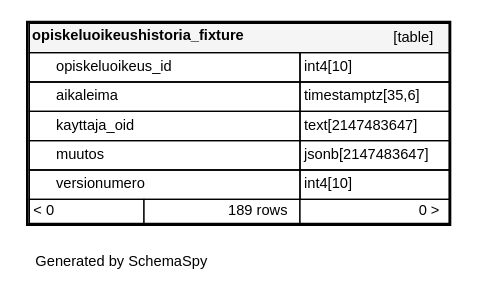
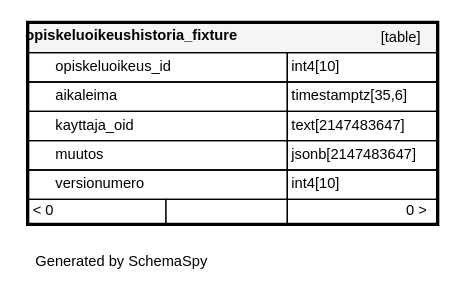
The diagram in documentation/tietokantaskeemat/koski/diagrams/tables/opiskeluoikeushistoria_fixture.1degree.dot (Opetushallitus/koski), drawn with Graphviz before and after one commit. The commit also changed 240 other files, not shown here.

```diff
--- a/documentation/tietokantaskeemat/koski/diagrams/tables/opiskeluoikeushistoria_fixture.1degree.dot
+++ b/documentation/tietokantaskeemat/koski/diagrams/tables/opiskeluoikeushistoria_fixture.1degree.dot
@@ -1,18 +1,18 @@
 digraph "oneDegreeRelationshipsDiagram" {
   graph [    rankdir="RL"    bgcolor="#ffffff"    label="\nGenerated by SchemaSpy"    labeljust="l"    nodesep="0.18"    ranksep="0.46"    fontname="Helvetica"    fontsize="11"    ration="compress"  ];  node [    fontname="Helvetica"    fontsize="11"    shape="plaintext"  ];  edge [    arrowsize="0.8"  ];
   "opiskeluoikeushistoria_fixture" [
    label=<
     <TABLE BORDER="2" CELLBORDER="1" CELLSPACING="0" BGCOLOR="#ffffff">
-      <TR><TD COLSPAN="4"  BGCOLOR="#f5f5f5"><TABLE BORDER="0" CELLSPACING="0"><TR><TD ALIGN="LEFT" FIXEDSIZE="TRUE" WIDTH="182" HEIGHT="16"><B>opiskeluoikeushistoria_fixture</B></TD><TD ALIGN="RIGHT">[table]</TD></TR></TABLE></TD></TR>
-      <TR><TD PORT="opiskeluoikeus_id" COLSPAN="2" ALIGN="LEFT"><TABLE BORDER="0" CELLSPACING="0" ALIGN="LEFT"><TR ALIGN="LEFT"><TD ALIGN="LEFT" FIXEDSIZE="TRUE" WIDTH="15" HEIGHT="16"></TD><TD ALIGN="LEFT" FIXEDSIZE="TRUE" WIDTH="182" HEIGHT="16">opiskeluoikeus_id</TD></TR></TABLE></TD><TD PORT="opiskeluoikeus_id.type" ALIGN="LEFT">int4[10]</TD></TR>
-      <TR><TD PORT="aikaleima" COLSPAN="2" ALIGN="LEFT"><TABLE BORDER="0" CELLSPACING="0" ALIGN="LEFT"><TR ALIGN="LEFT"><TD ALIGN="LEFT" FIXEDSIZE="TRUE" WIDTH="15" HEIGHT="16"></TD><TD ALIGN="LEFT" FIXEDSIZE="TRUE" WIDTH="182" HEIGHT="16">aikaleima</TD></TR></TABLE></TD><TD PORT="aikaleima.type" ALIGN="LEFT">timestamptz[35,6]</TD></TR>
-      <TR><TD PORT="kayttaja_oid" COLSPAN="2" ALIGN="LEFT"><TABLE BORDER="0" CELLSPACING="0" ALIGN="LEFT"><TR ALIGN="LEFT"><TD ALIGN="LEFT" FIXEDSIZE="TRUE" WIDTH="15" HEIGHT="16"></TD><TD ALIGN="LEFT" FIXEDSIZE="TRUE" WIDTH="182" HEIGHT="16">kayttaja_oid</TD></TR></TABLE></TD><TD PORT="kayttaja_oid.type" ALIGN="LEFT">text[2147483647]</TD></TR>
-      <TR><TD PORT="muutos" COLSPAN="2" ALIGN="LEFT"><TABLE BORDER="0" CELLSPACING="0" ALIGN="LEFT"><TR ALIGN="LEFT"><TD ALIGN="LEFT" FIXEDSIZE="TRUE" WIDTH="15" HEIGHT="16"></TD><TD ALIGN="LEFT" FIXEDSIZE="TRUE" WIDTH="182" HEIGHT="16">muutos</TD></TR></TABLE></TD><TD PORT="muutos.type" ALIGN="LEFT">jsonb[2147483647]</TD></TR>
-      <TR><TD PORT="versionumero" COLSPAN="2" ALIGN="LEFT"><TABLE BORDER="0" CELLSPACING="0" ALIGN="LEFT"><TR ALIGN="LEFT"><TD ALIGN="LEFT" FIXEDSIZE="TRUE" WIDTH="15" HEIGHT="16"></TD><TD ALIGN="LEFT" FIXEDSIZE="TRUE" WIDTH="182" HEIGHT="16">versionumero</TD></TR></TABLE></TD><TD PORT="versionumero.type" ALIGN="LEFT">int4[10]</TD></TR>
-      <TR><TD ALIGN="LEFT" BGCOLOR="#ffffff">&lt; 0</TD><TD ALIGN="RIGHT" BGCOLOR="#ffffff">189 rows</TD><TD ALIGN="RIGHT" BGCOLOR="#ffffff">0 &gt;</TD></TR>
+      <TR><TD COLSPAN="4"  BGCOLOR="#f5f5f5"><TABLE BORDER="0" CELLSPACING="0"><TR><TD ALIGN="LEFT" FIXEDSIZE="TRUE" WIDTH="173" HEIGHT="16"><B>opiskeluoikeushistoria_fixture</B></TD><TD ALIGN="RIGHT">[table]</TD></TR></TABLE></TD></TR>
+      <TR><TD PORT="opiskeluoikeus_id" COLSPAN="2" ALIGN="LEFT"><TABLE BORDER="0" CELLSPACING="0" ALIGN="LEFT"><TR ALIGN="LEFT"><TD ALIGN="LEFT" FIXEDSIZE="TRUE" WIDTH="15" HEIGHT="16"></TD><TD ALIGN="LEFT" FIXEDSIZE="TRUE" WIDTH="173" HEIGHT="16">opiskeluoikeus_id</TD></TR></TABLE></TD><TD PORT="opiskeluoikeus_id.type" ALIGN="LEFT">int4[10]</TD></TR>
+      <TR><TD PORT="aikaleima" COLSPAN="2" ALIGN="LEFT"><TABLE BORDER="0" CELLSPACING="0" ALIGN="LEFT"><TR ALIGN="LEFT"><TD ALIGN="LEFT" FIXEDSIZE="TRUE" WIDTH="15" HEIGHT="16"></TD><TD ALIGN="LEFT" FIXEDSIZE="TRUE" WIDTH="173" HEIGHT="16">aikaleima</TD></TR></TABLE></TD><TD PORT="aikaleima.type" ALIGN="LEFT">timestamptz[35,6]</TD></TR>
+      <TR><TD PORT="kayttaja_oid" COLSPAN="2" ALIGN="LEFT"><TABLE BORDER="0" CELLSPACING="0" ALIGN="LEFT"><TR ALIGN="LEFT"><TD ALIGN="LEFT" FIXEDSIZE="TRUE" WIDTH="15" HEIGHT="16"></TD><TD ALIGN="LEFT" FIXEDSIZE="TRUE" WIDTH="173" HEIGHT="16">kayttaja_oid</TD></TR></TABLE></TD><TD PORT="kayttaja_oid.type" ALIGN="LEFT">text[2147483647]</TD></TR>
+      <TR><TD PORT="muutos" COLSPAN="2" ALIGN="LEFT"><TABLE BORDER="0" CELLSPACING="0" ALIGN="LEFT"><TR ALIGN="LEFT"><TD ALIGN="LEFT" FIXEDSIZE="TRUE" WIDTH="15" HEIGHT="16"></TD><TD ALIGN="LEFT" FIXEDSIZE="TRUE" WIDTH="173" HEIGHT="16">muutos</TD></TR></TABLE></TD><TD PORT="muutos.type" ALIGN="LEFT">jsonb[2147483647]</TD></TR>
+      <TR><TD PORT="versionumero" COLSPAN="2" ALIGN="LEFT"><TABLE BORDER="0" CELLSPACING="0" ALIGN="LEFT"><TR ALIGN="LEFT"><TD ALIGN="LEFT" FIXEDSIZE="TRUE" WIDTH="15" HEIGHT="16"></TD><TD ALIGN="LEFT" FIXEDSIZE="TRUE" WIDTH="173" HEIGHT="16">versionumero</TD></TR></TABLE></TD><TD PORT="versionumero.type" ALIGN="LEFT">int4[10]</TD></TR>
+      <TR><TD ALIGN="LEFT" BGCOLOR="#ffffff">&lt; 0</TD><TD ALIGN="RIGHT" BGCOLOR="#ffffff">  </TD><TD ALIGN="RIGHT" BGCOLOR="#ffffff">0 &gt;</TD></TR>
     </TABLE>>
     URL="../../tables/opiskeluoikeushistoria_fixture.html"
     target="_top"
     tooltip="opiskeluoikeushistoria_fixture"
   ];
 }
```
